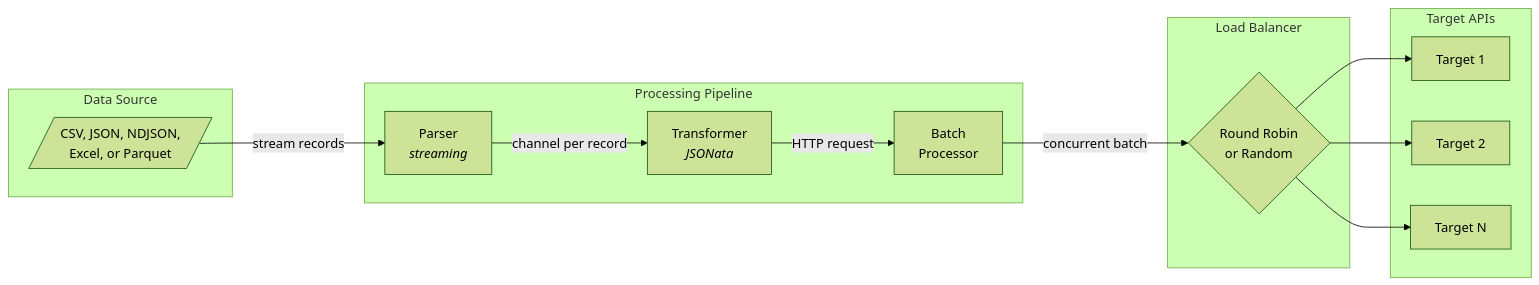
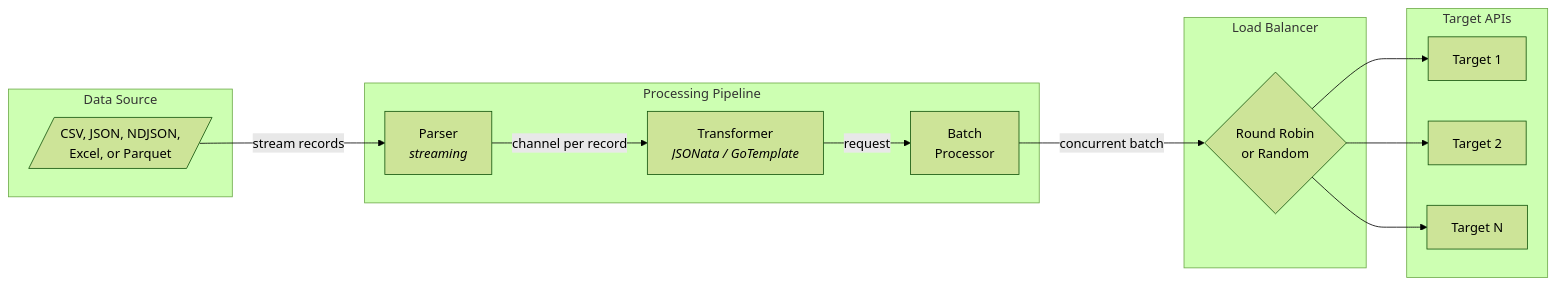
Before and after one commit to Dhi13man/bombardment-runner: the first of 2 diagrams in README.md, drawn with Mermaid (forest theme). The commit also changed other lines of this file and 5 other files, not shown here.

````diff
--- a/README.md
+++ b/README.md
@@ -77,30 +57,30 @@
 ```mermaid
 flowchart LR
     subgraph Input[Data Source]
         File[/CSV, JSON, NDJSON,<br>Excel, or Parquet/]
     end
 
     subgraph Pipeline[Processing Pipeline]
         Parser[Parser<br><i>streaming</i>]
-        Transformer[Transformer<br><i>JSONata</i>]
+        Transformer[Transformer<br><i>JSONata / GoTemplate</i>]
         Batcher[Batch<br>Processor]
     end
 
     subgraph LB[Load Balancer]
         Strategy{Round Robin<br>or Random}
     end
 
     subgraph Targets[Target APIs]
         T1[Target 1]
         T2[Target 2]
         TN[Target N]
     end
 
     File -->|stream records| Parser
     Parser -->|channel per record| Transformer
-    Transformer -->|HTTP request| Batcher
+    Transformer -->|request| Batcher
     Batcher -->|concurrent batch| Strategy
     Strategy --> T1
     Strategy --> T2
     Strategy --> TN
 ```
````
